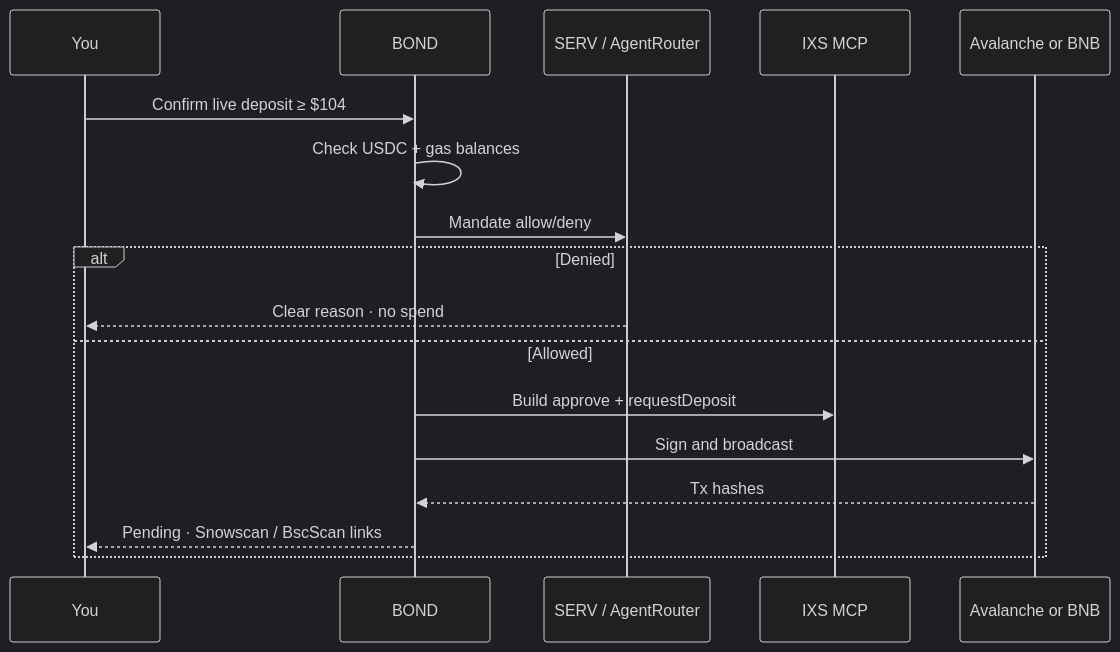
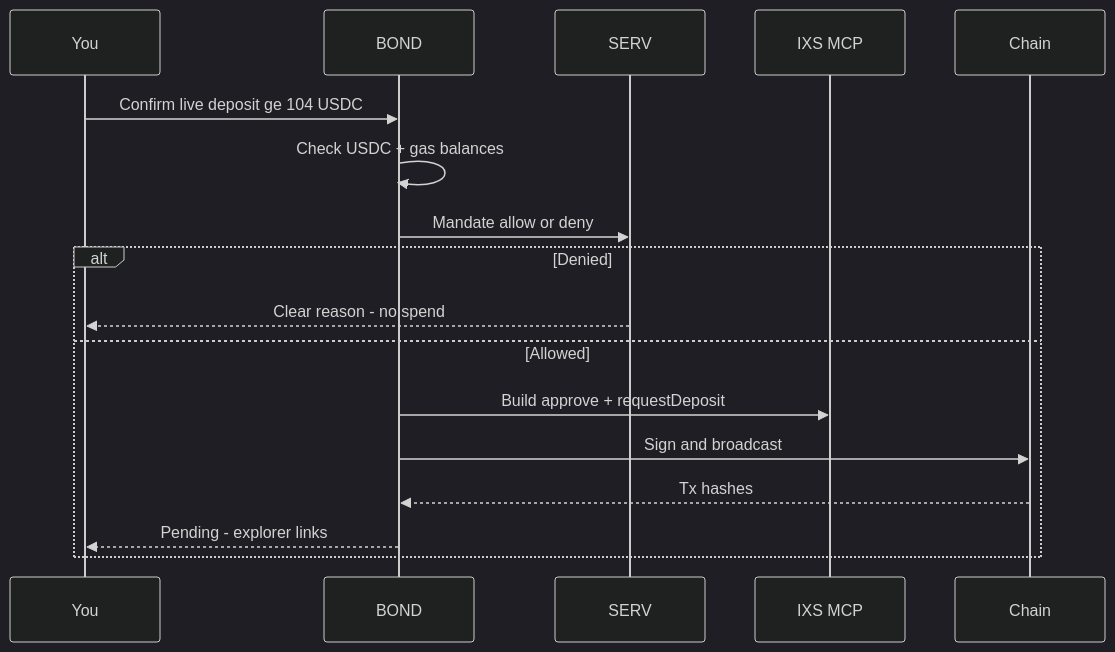
One commit to henrysammarfo/bond changed the second of 4 diagrams in README.md. Above: the diagram before and after it, drawn with Mermaid (dark theme). The commit also changed other lines of this file and 11 other files, not shown here.

First line of the commit message:
docs: brand logos + GitHub-safe mermaid on README and MDs

````diff
--- a/README.md
+++ b/README.md
@@ -75,19 +83,19 @@
 ```mermaid
 sequenceDiagram
   participant U as You
   participant B as BOND
-  participant S as SERV / AgentRouter
+  participant S as SERV
   participant I as IXS MCP
-  participant C as Avalanche or BNB
-  U->>B: Confirm live deposit ≥ $104
+  participant C as Chain
+  U->>B: Confirm live deposit ge 104 USDC
   B->>B: Check USDC + gas balances
-  B->>S: Mandate allow/deny
+  B->>S: Mandate allow or deny
   alt Denied
-    S-->>U: Clear reason · no spend
+    S-->>U: Clear reason - no spend
   else Allowed
     B->>I: Build approve + requestDeposit
     B->>C: Sign and broadcast
     C-->>B: Tx hashes
-    B-->>U: Pending · Snowscan / BscScan links
+    B-->>U: Pending - explorer links
   end
 ```
````
